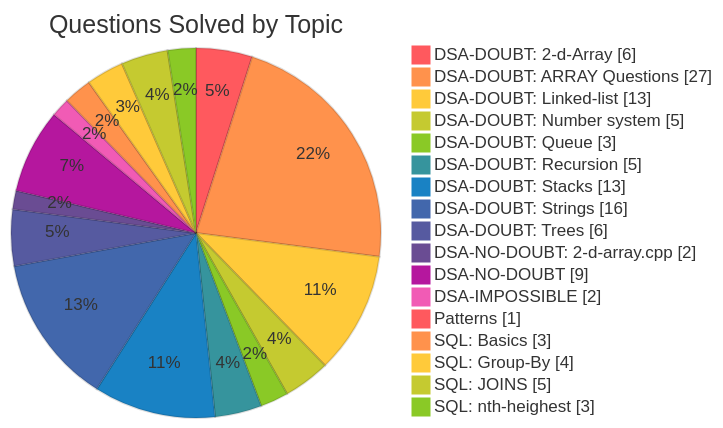
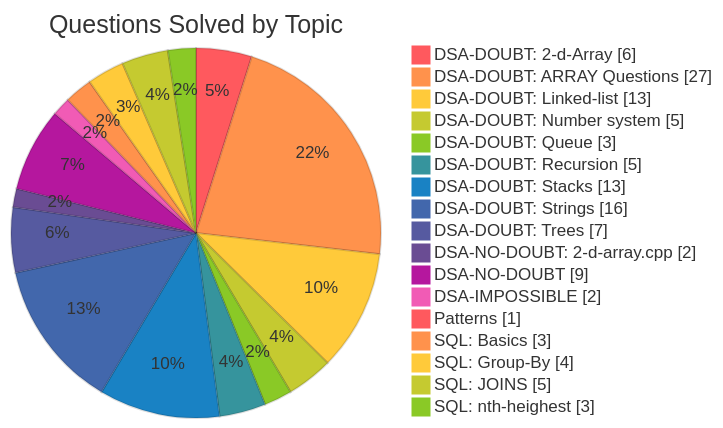
The diagram in README.md (PixxySynchronous/LEETCODE), drawn with Mermaid before and after one commit. The commit also changed other lines of this file, not shown here.

````diff
--- a/README.md
+++ b/README.md
@@ -25,22 +25,22 @@
 ```mermaid
 %%{init: {'theme': 'base', 'themeVariables': {'pie1': '#ff595e', 'pie2': '#ff924c', 'pie3': '#ffca3a', 'pie4': '#c5ca30','pie5': '#8ac926', 'pie6': '#36949d', 'pie7': '#1982c4', 'pie8': '#4267ac','pie9': '#565aa0', 'pie10': '#6a4c93', 'pie11': '#b5179e', 'pie12': '#f15bb5','pieOpacity': '1', 'pieStrokeColor': '#00000022', 'pieOuterStrokeWidth': '0'}}}%%
 pie showData
     title Questions Solved by Topic
     "DSA-DOUBT: 2-d-Array" : 6
     "DSA-DOUBT: ARRAY Questions" : 27
     "DSA-DOUBT: Linked-list" : 13
     "DSA-DOUBT: Number system" : 5
     "DSA-DOUBT: Queue" : 3
     "DSA-DOUBT: Recursion" : 5
     "DSA-DOUBT: Stacks " : 13
     "DSA-DOUBT: Strings" : 16
-    "DSA-DOUBT: Trees" : 6
+    "DSA-DOUBT: Trees" : 7
     "DSA-NO-DOUBT: 2-d-array.cpp" : 2
     "DSA-NO-DOUBT" : 9
     "DSA-IMPOSSIBLE" : 2
     "Patterns" : 1
     "SQL: Basics" : 3
     "SQL: Group-By" : 4
     "SQL: JOINS" : 5
     "SQL: nth-heighest" : 3
 ```
````
